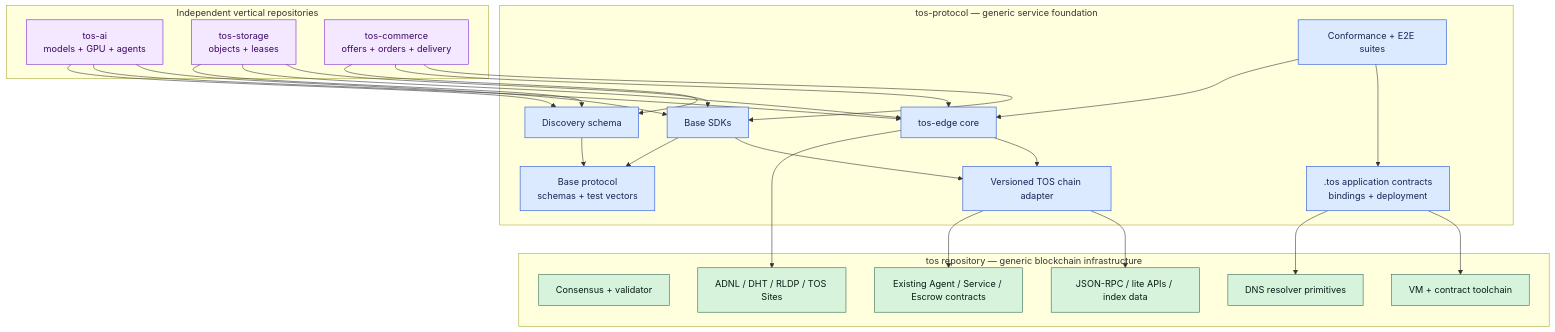
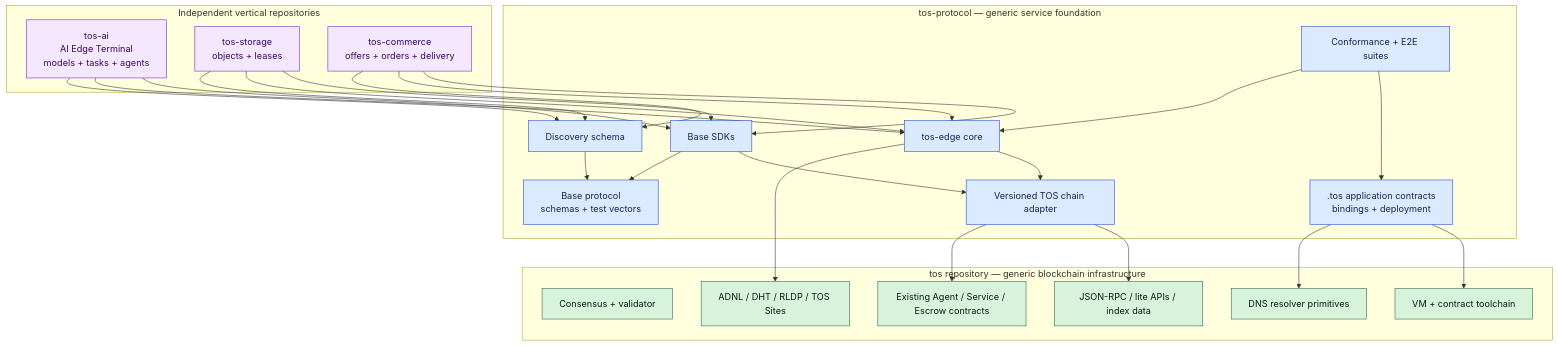
The first of 5 diagrams in doc/the-tos-protocol-implementation-plan.md (tosnetwork/tos), drawn with Mermaid before and after one commit. The commit also changed other lines of this file and 15 other files, not shown here.

Commit message:
Reposition TOS around AI edge service terminals

````diff
--- a/doc/the-tos-protocol-implementation-plan.md
+++ b/doc/the-tos-protocol-implementation-plan.md
@@ -99,55 +117,55 @@
 ```mermaid
 flowchart TB
     subgraph Core["tos repository — generic blockchain infrastructure"]
         Validator["Consensus + validator"]
         VM["VM + contract toolchain"]
         ChainAPI["JSON-RPC / lite APIs / index data"]
         CoreDNS["DNS resolver primitives"]
         P2P["ADNL / DHT / RLDP / TOS Sites"]
         ActorABI["Existing Agent / Service / Escrow contracts"]
     end
 
     subgraph Base["tos-protocol — generic service foundation"]
         Spec["Base protocol<br/>schemas + test vectors"]
         Domain[".tos application contracts<br/>bindings + deployment"]
         Adapter["Versioned TOS chain adapter"]
         ProtocolSDK["Base SDKs"]
         EdgeCore["tos-edge core"]
         DiscoverySchema["Discovery schema"]
         Conformance["Conformance + E2E suites"]
     end
 
     subgraph Profiles["Independent vertical repositories"]
-        AI["tos-ai<br/>models + GPU + agents"]
+        AI["tos-ai<br/>AI Edge Terminal<br/>models + tasks + agents"]
         Storage["tos-storage<br/>objects + leases"]
         Commerce["tos-commerce<br/>offers + orders + delivery"]
     end
 
     Domain --> VM
     Domain --> CoreDNS
     Adapter --> ChainAPI
     Adapter --> ActorABI
     EdgeCore --> Adapter
     EdgeCore --> P2P
     ProtocolSDK --> Adapter
     ProtocolSDK --> Spec
     DiscoverySchema --> Spec
     Conformance --> Domain
     Conformance --> EdgeCore
     AI --> ProtocolSDK
     AI --> EdgeCore
     AI --> DiscoverySchema
     Storage --> ProtocolSDK
     Storage --> EdgeCore
     Storage --> DiscoverySchema
     Commerce --> ProtocolSDK
     Commerce --> EdgeCore
     Commerce --> DiscoverySchema
 
     classDef core fill:#d8f3dc,stroke:#2d6a4f,color:#081c15;
     classDef base fill:#dbeafe,stroke:#1d4ed8,color:#172554;
     classDef profile fill:#f3e8ff,stroke:#7e22ce,color:#3b0764;
     class Validator,VM,ChainAPI,CoreDNS,P2P,ActorABI core;
     class Spec,Domain,Adapter,ProtocolSDK,EdgeCore,DiscoverySchema,Conformance base;
     class AI,Storage,Commerce profile;
 ```
````
